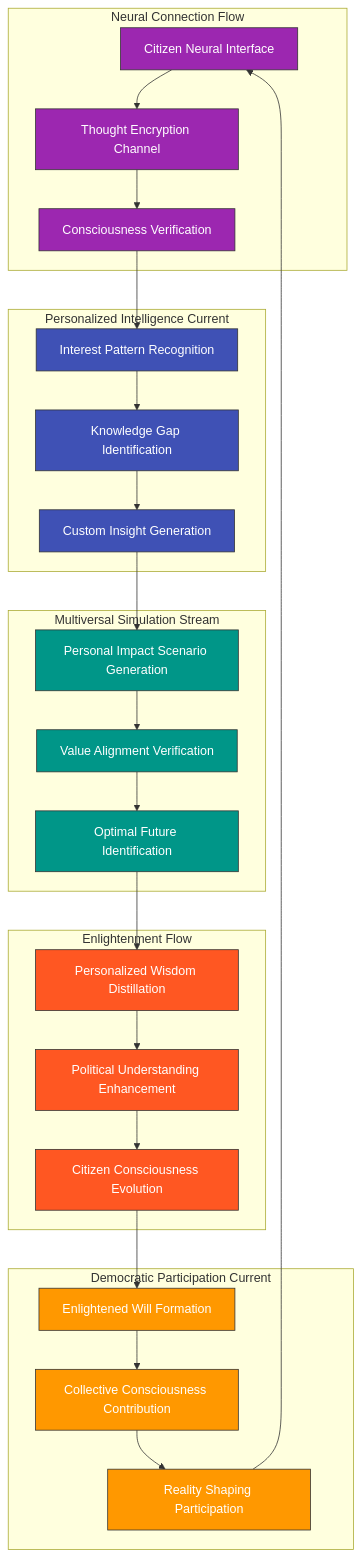
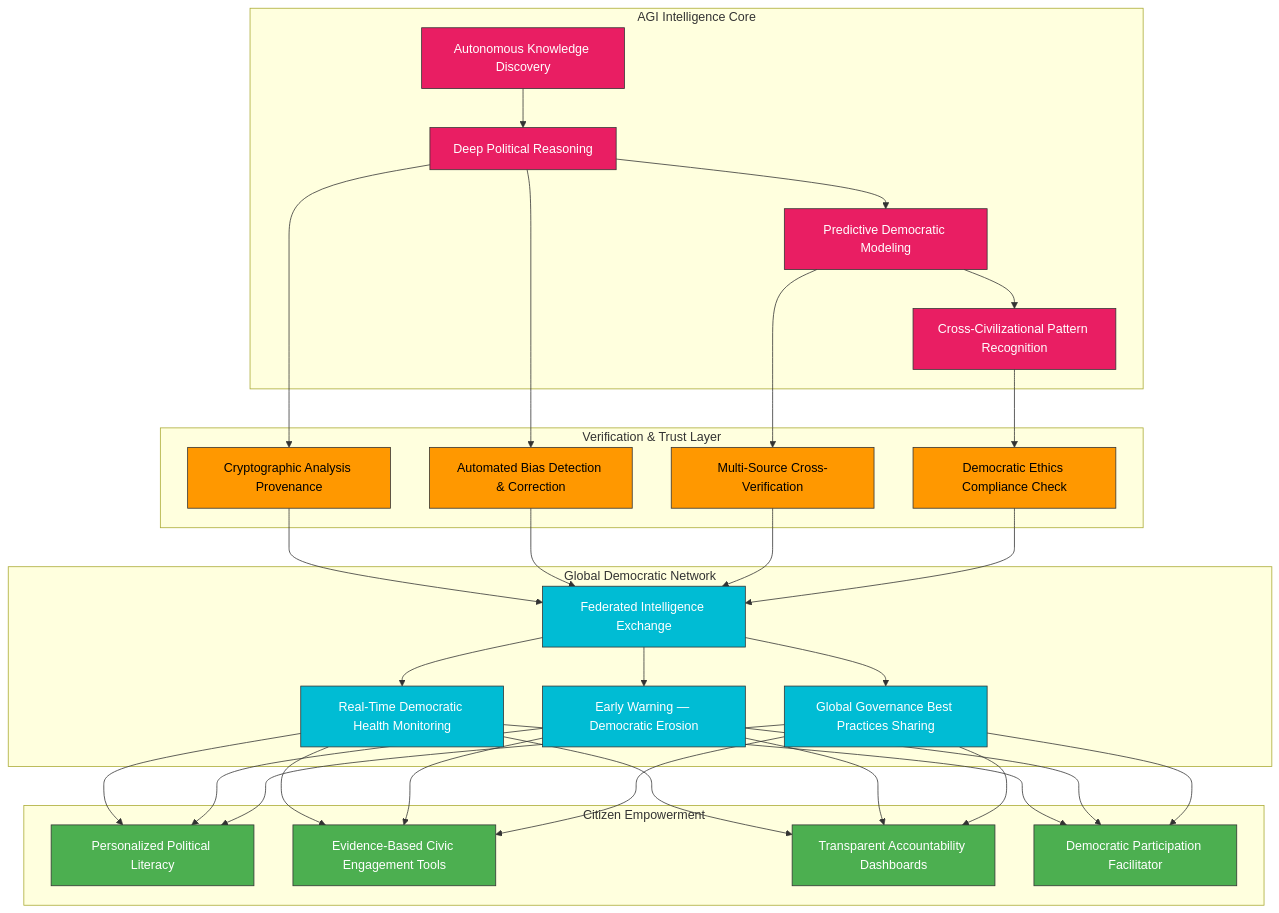
Before and after one commit to Hack23/cia: the sixth of 7 diagrams in FUTURE_FLOWCHART.md, drawn with Mermaid. The commit also changed other lines of this file and 5 other files, not shown here.

Commit message:
docs: update FUTURE_ARCHITECTURE, FUTURE_DATA_MODEL, FUTURE_FLOWCHART, FUTURE_MINDMAP, FUTURE_STATEDIAGRAM, FUTURE_SWOT with 2026-2037 roadmap

````diff
--- a/FUTURE_FLOWCHART.md
+++ b/FUTURE_FLOWCHART.md
@@ -831,50 +327,50 @@
 ```mermaid
-flowchart TD
-    subgraph "Neural Connection Flow"
-        NCF1[Citizen Neural Interface]
-        NCF2[Thought Encryption Channel]
-        NCF3[Consciousness Verification]
+flowchart TB
+    subgraph "AGI Intelligence Core"
+        AGI1[Autonomous Knowledge Discovery]
+        AGI2[Deep Political Reasoning]
+        AGI3[Predictive Democratic Modeling]
+        AGI4[Cross-Civilizational Pattern Recognition]
     end
-    
-    subgraph "Personalized Intelligence Current"
-        PIC1[Interest Pattern Recognition]
-        PIC2[Knowledge Gap Identification]
-        PIC3[Custom Insight Generation]
+
+    subgraph "Verification & Trust Layer"
+        VT1[Cryptographic Analysis Provenance]
+        VT2[Automated Bias Detection & Correction]
+        VT3[Multi-Source Cross-Verification]
+        VT4[Democratic Ethics Compliance Check]
     end
-    
-    subgraph "Multiversal Simulation Stream"
-        MSS1[Personal Impact Scenario Generation]
-        MSS2[Value Alignment Verification]
-        MSS3[Optimal Future Identification]
+
+    subgraph "Global Democratic Network"
+        GD1[Federated Intelligence Exchange]
+        GD2[Real-Time Democratic Health Monitoring]
+        GD3[Early Warning — Democratic Erosion]
+        GD4[Global Governance Best Practices Sharing]
     end
-    
-    subgraph "Enlightenment Flow"
-        EF1[Personalized Wisdom Distillation]
-        EF2[Political Understanding Enhancement]
-        EF3[Citizen Consciousness Evolution]
+
+    subgraph "Citizen Empowerment"
+        CE1[Personalized Political Literacy]
+        CE2[Evidence-Based Civic Engagement Tools]
+        CE3[Transparent Accountability Dashboards]
+        CE4[Democratic Participation Facilitator]
     end
-    
-    subgraph "Democratic Participation Current"
-        DPC1[Enlightened Will Formation]
-        DPC2[Collective Consciousness Contribution]
-        DPC3[Reality Shaping Participation]
-    end
-    
-    NCF1 --> NCF2 --> NCF3 --> PIC1
-    PIC1 --> PIC2 --> PIC3 --> MSS1
-    MSS1 --> MSS2 --> MSS3 --> EF1
-    EF1 --> EF2 --> EF3 --> DPC1
-    DPC1 --> DPC2 --> DPC3 --> NCF1
-    
-    classDef neural fill:#9C27B0,stroke:#333,stroke-width:1px,color:white
-    classDef intelligence fill:#3F51B5,stroke:#333,stroke-width:1px,color:white
-    classDef simulation fill:#009688,stroke:#333,stroke-width:1px,color:white
-    classDef enlightenment fill:#FF5722,stroke:#333,stroke-width:1px,color:white
-    classDef participation fill:#FF9800,stroke:#333,stroke-width:1px,color:white
-    
-    class NCF1,NCF2,NCF3 neural
-    class PIC1,PIC2,PIC3 intelligence
-    class MSS1,MSS2,MSS3 simulation
-    class EF1,EF2,EF3 enlightenment
-    class DPC1,DPC2,DPC3 participation
+
+    AGI1 --> AGI2 --> AGI3 --> AGI4
+    AGI2 --> VT1 & VT2
+    AGI3 --> VT3
+    AGI4 --> VT4
+
+    VT1 & VT2 & VT3 & VT4 --> GD1
+    GD1 --> GD2 & GD3 & GD4
+
+    GD2 & GD3 & GD4 --> CE1 & CE2 & CE3 & CE4
+
+    classDef agi fill:#E91E63,stroke:#333,stroke-width:1px,color:white
+    classDef trust fill:#FF9800,stroke:#333,stroke-width:1px,color:black
+    classDef global fill:#00BCD4,stroke:#333,stroke-width:1px,color:white
+    classDef citizen fill:#4CAF50,stroke:#333,stroke-width:1px,color:white
+
+    class AGI1,AGI2,AGI3,AGI4 agi
+    class VT1,VT2,VT3,VT4 trust
+    class GD1,GD2,GD3,GD4 global
+    class CE1,CE2,CE3,CE4 citizen
 ```
````
